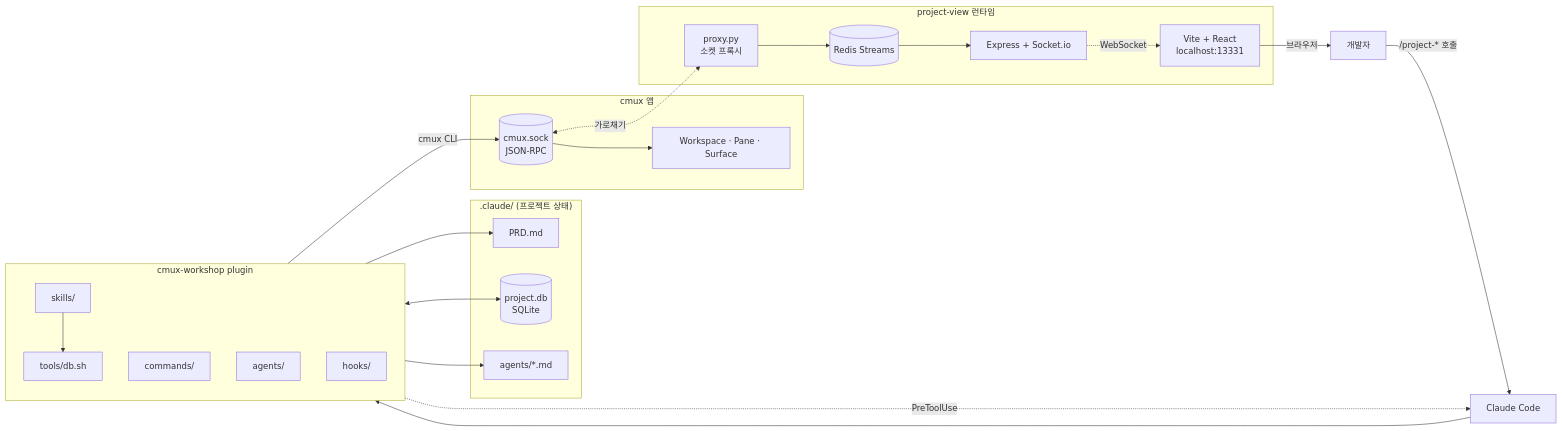
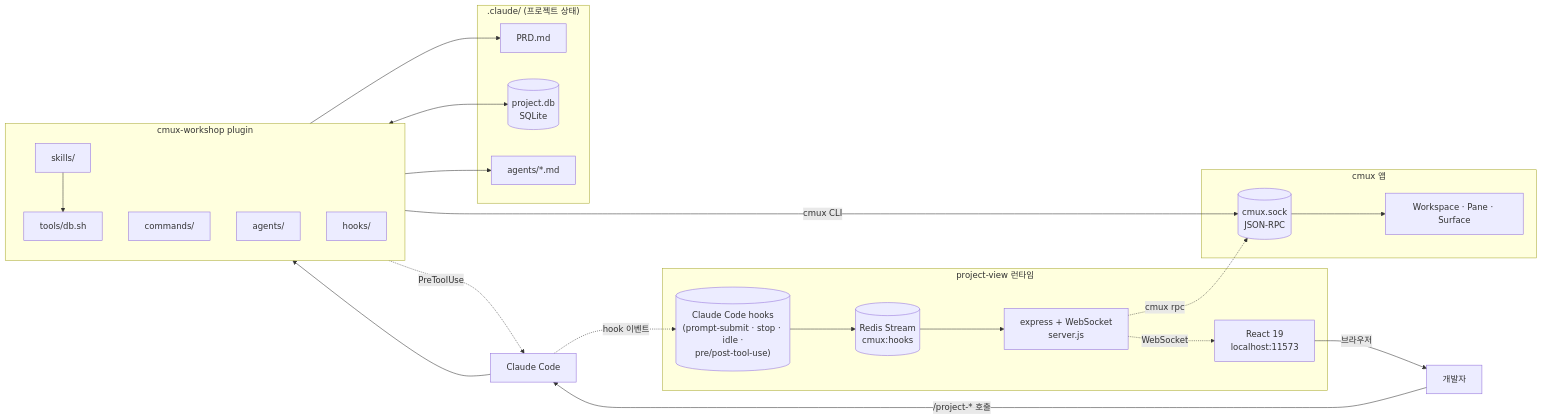
Before and after one commit to merong/cmux-workshop: the third of 10 diagrams in README-ko.md, drawn with Mermaid. The commit also changed other lines of this file and 81 other files, not shown here.

````diff
--- a/README-ko.md
+++ b/README-ko.md
@@ -167,49 +167,50 @@
 ```mermaid
 flowchart LR
     User[개발자]
     ClaudeCode[Claude Code]
 
     subgraph Plugin["cmux-workshop plugin"]
         direction TB
         Skills[skills/]
         Commands[commands/]
         Agents[agents/]
         Hooks[hooks/]
         Tools[tools/db.sh]
     end
 
     subgraph State[".claude/ (프로젝트 상태)"]
         PRD[PRD.md]
         DB[(project.db<br/>SQLite)]
         AgentFiles[agents/*.md]
     end
 
     subgraph cmuxApp["cmux 앱"]
         Sock[(cmux.sock<br/>JSON-RPC)]
         Panes[Workspace · Pane · Surface]
     end
 
     subgraph Monitor["project-view 런타임"]
-        Proxy[proxy.py<br/>소켓 프록시]
-        Redis[(Redis Streams)]
-        WebSrv[Express + Socket.io]
-        UI[Vite + React<br/>localhost:13331]
+        Producers[("Claude Code hooks<br/>(prompt-submit · stop · idle ·<br/>pre/post-tool-use)")]
+        Redis[("Redis Stream<br/>cmux:hooks")]
+        WebSrv[express + WebSocket<br/>server.js]
+        UI[React 19<br/>localhost:11573]
     end
 
     User -->|"/project-* 호출"| ClaudeCode
     ClaudeCode --> Skills
     Skills --> Tools
     Tools <--> DB
     Skills --> PRD
     Skills --> AgentFiles
     Skills -->|"cmux CLI"| Sock
     Sock --> Panes
 
-    Sock <-.가로채기.-> Proxy
-    Proxy --> Redis
+    ClaudeCode -.hook 이벤트.-> Producers
+    Producers --> Redis
     Redis --> WebSrv
     WebSrv -.WebSocket.-> UI
+    WebSrv -.cmux rpc.-> Sock
     UI -->|"브라우저"| User
 
     Hooks -.PreToolUse.-> ClaudeCode
 ```
````
